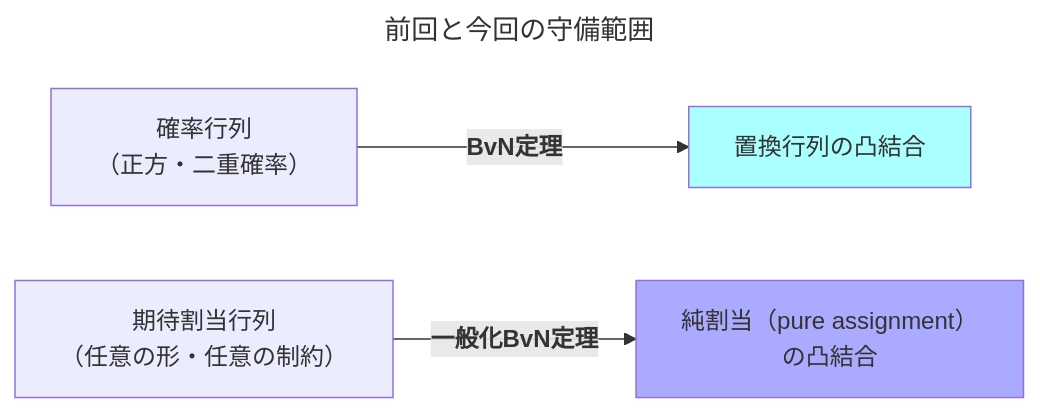
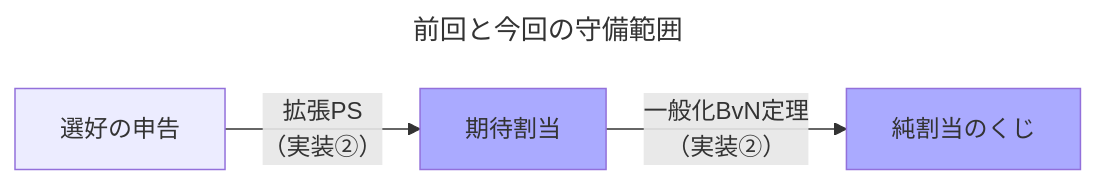
Before and after one commit to self-study-engineer/study-strategy: the diagram in 経済学/Qiita記事投稿/割り当てマッチング/【実装②】多対1の割り当てと一般化BvN定理.md, drawn with Mermaid. The commit also changed other lines of this file and 4 other files, not shown here.

````diff
--- a/経済学/Qiita記事投稿/割り当てマッチング/【実装②】多対1の割り当てと一般化BvN定理.md
+++ b/経済学/Qiita記事投稿/割り当てマッチング/【実装②】多対1の割り当てと一般化BvN定理.md
@@ -22,11 +22,11 @@
 ```mermaid
 ---
 title: 前回と今回の守備範囲
 ---
 
 flowchart LR
-  A["確率行列<br>（正方・二重確率）"] -->|"<b>BvN定理"| B["置換行列の凸結合"]
-  C["期待割当行列<br>（任意の形・任意の制約）"] -->|"<b>一般化BvN定理"| D["純割当（pure assignment）<br>の凸結合"]
-  style B fill:#aff
+  A["選好の申告"] -->|"拡張PS<br>（実装②）"| D["期待割当"]
+  D -->|"一般化BvN定理<br>（実装②）"| E["純割当のくじ"]
   style D fill:#aaf
+  style E fill:#aaf
 ```
````
